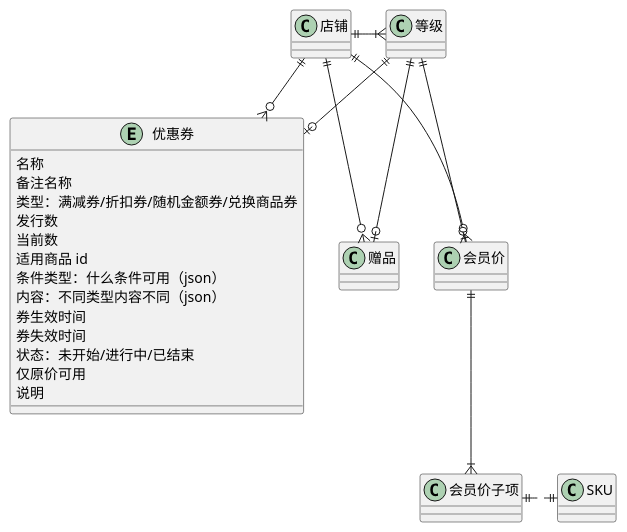
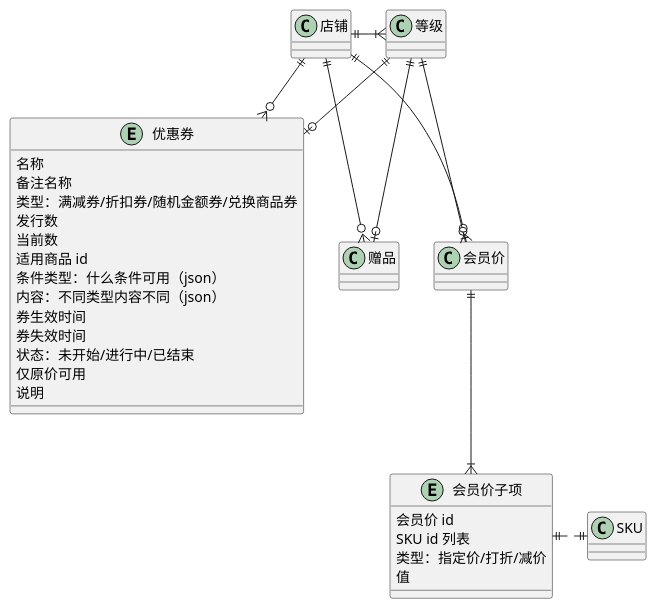
The diagram in 营销.wsd (awesomecat2020/mock-mall), drawn with PlantUML before and after one commit. The commit also changed 3 other files, not shown here.

```diff
--- a/营销.wsd
+++ b/营销.wsd
@@ -1,33 +1,39 @@
 @startuml
 
 entity 优惠券 {
     名称
     备注名称
     类型：满减券/折扣券/随机金额券/兑换商品券
     发行数
     当前数
     适用商品 id
     条件类型：什么条件可用（json）
     内容：不同类型内容不同（json）
     券生效时间
     券失效时间
     状态：未开始/进行中/已结束
     仅原价可用
     说明
 }
+entity 会员价子项 {
+    会员价 id
+    SKU id 列表
+    类型：指定价/打折/减价
+    值
+}
 
 店铺 ||--o{ 赠品
 店铺 ||--o{ 优惠券
 店铺 ||--o{ 会员价
 
 店铺 ||-|{ 等级
 等级 ||--o| 赠品
 等级 ||--o| 优惠券
 等级 ||--o| 会员价
 
 会员价 ||--|{ 会员价子项
 会员价子项 ||.|| SKU
 
 ' 权益
 
 @enduml
```
